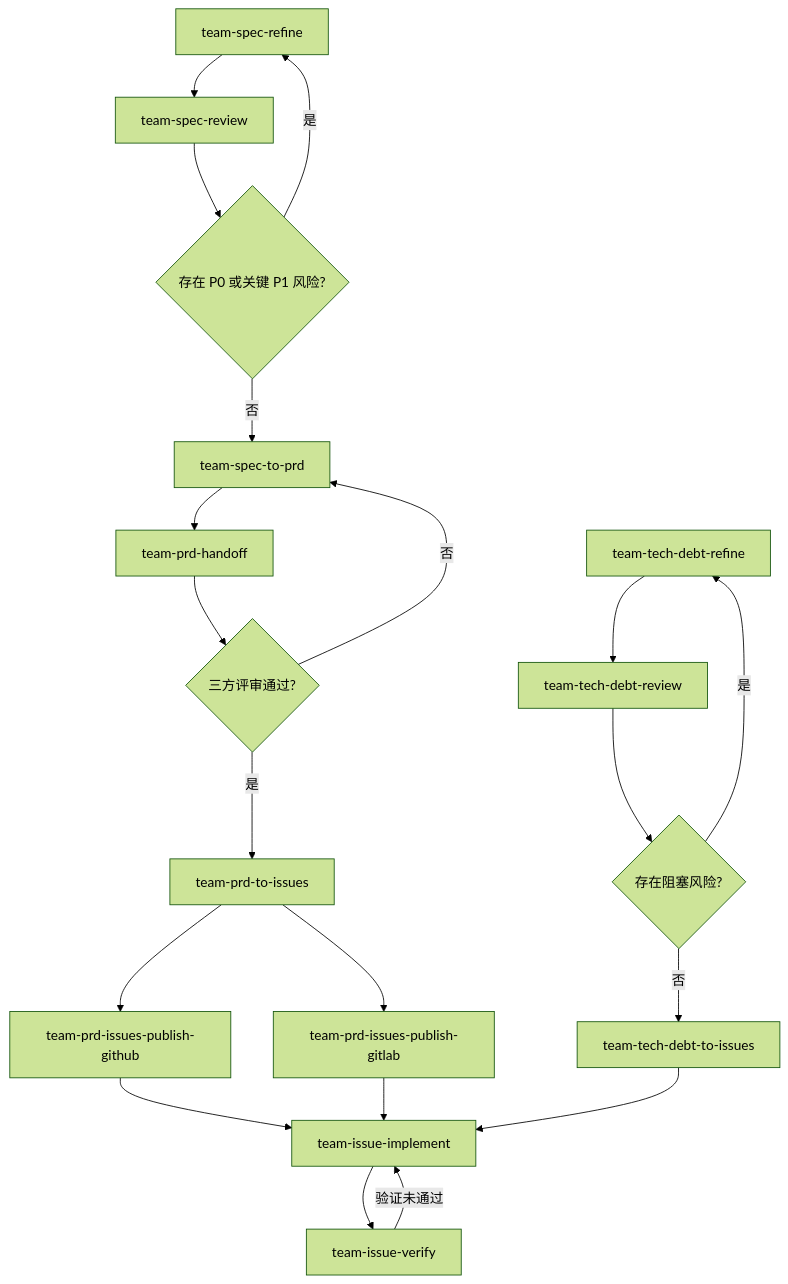
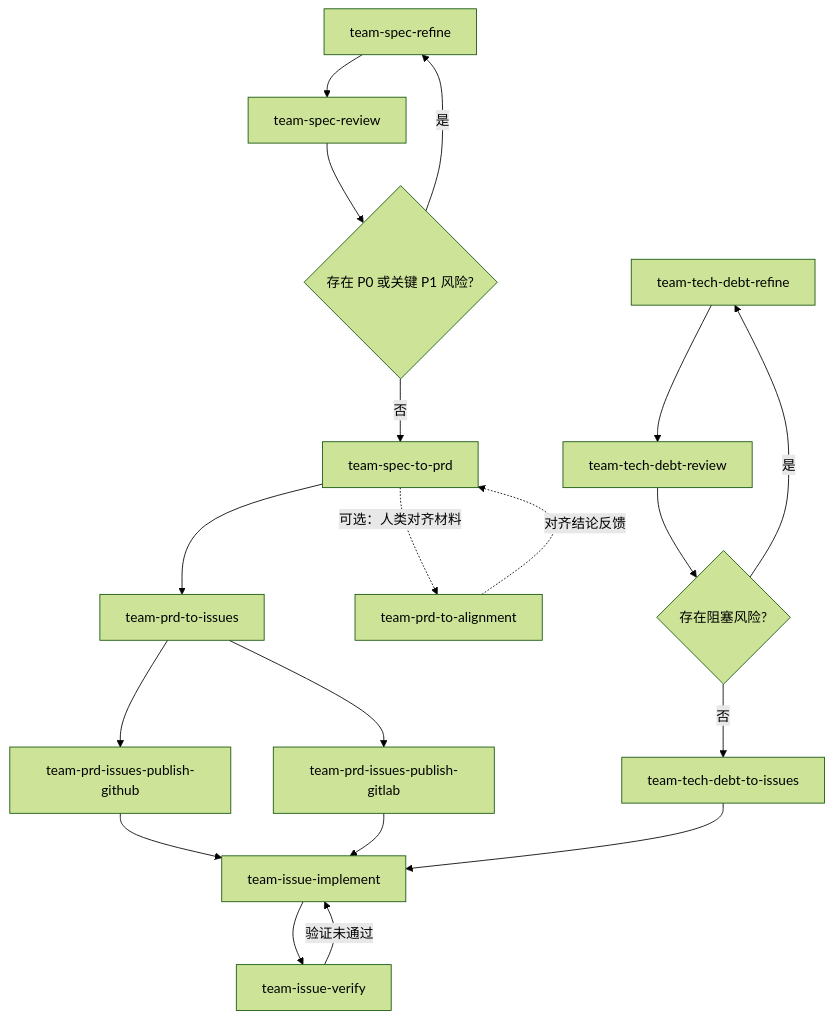
One commit to coolbeevip/team-ai-skills changed the diagram in README.md. Above: the diagram before and after it, drawn with Mermaid (forest theme). The commit also changed other lines of this file and 9 other files, not shown here.

Commit message:
Remove team-prd-handoff skill and add team-prd-to-alignment for PRD review alignment materials

````diff
--- a/README.md
+++ b/README.md
@@ -66,23 +66,22 @@
 ```mermaid
 flowchart TD
     A[team-spec-refine] --> B[team-spec-review]
     B --> C{存在 P0 或关键 P1 风险?}
     C -- 是 --> A
     C -- 否 --> D[team-spec-to-prd]
-    D --> H[team-prd-handoff]
-    H --> E{三方评审通过?}
-    E -- 否 --> D
-    E -- 是 --> F[team-prd-to-issues]
+    D --> F[team-prd-to-issues]
+    D -. 可选：人类对齐材料 .-> H[team-prd-to-alignment]
+    H -. 对齐结论反馈 .-> D
     F --> N[team-prd-issues-publish-github]
     F --> O[team-prd-issues-publish-gitlab]
     N --> G[team-issue-implement]
     O --> G
     G --> I[team-issue-verify]
     I -- 验证未通过 --> G
 
     J[team-tech-debt-refine] --> K[team-tech-debt-review]
     K --> L{存在阻塞风险?}
     L -- 是 --> J
     L -- 否 --> M[team-tech-debt-to-issues]
     M --> G
 ```
````
